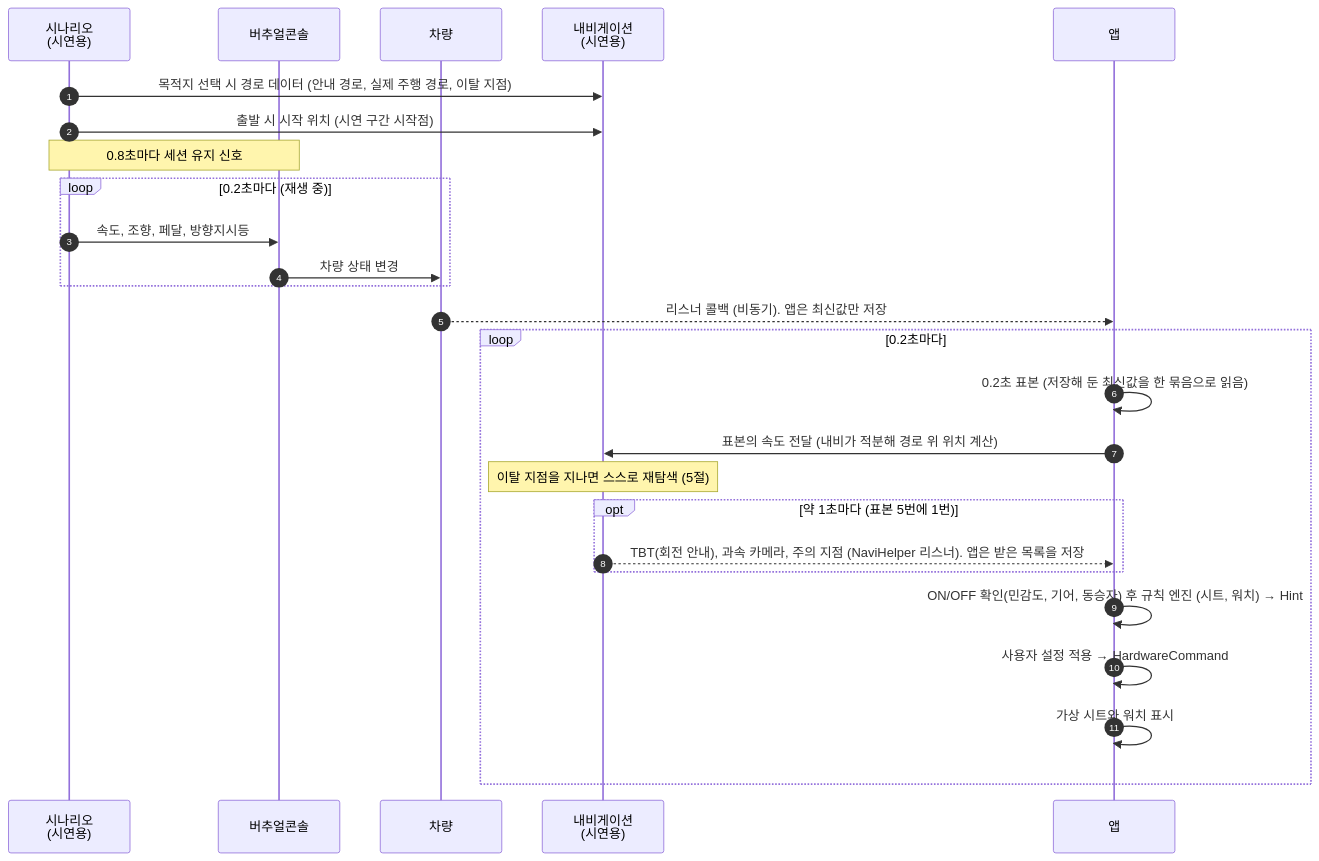
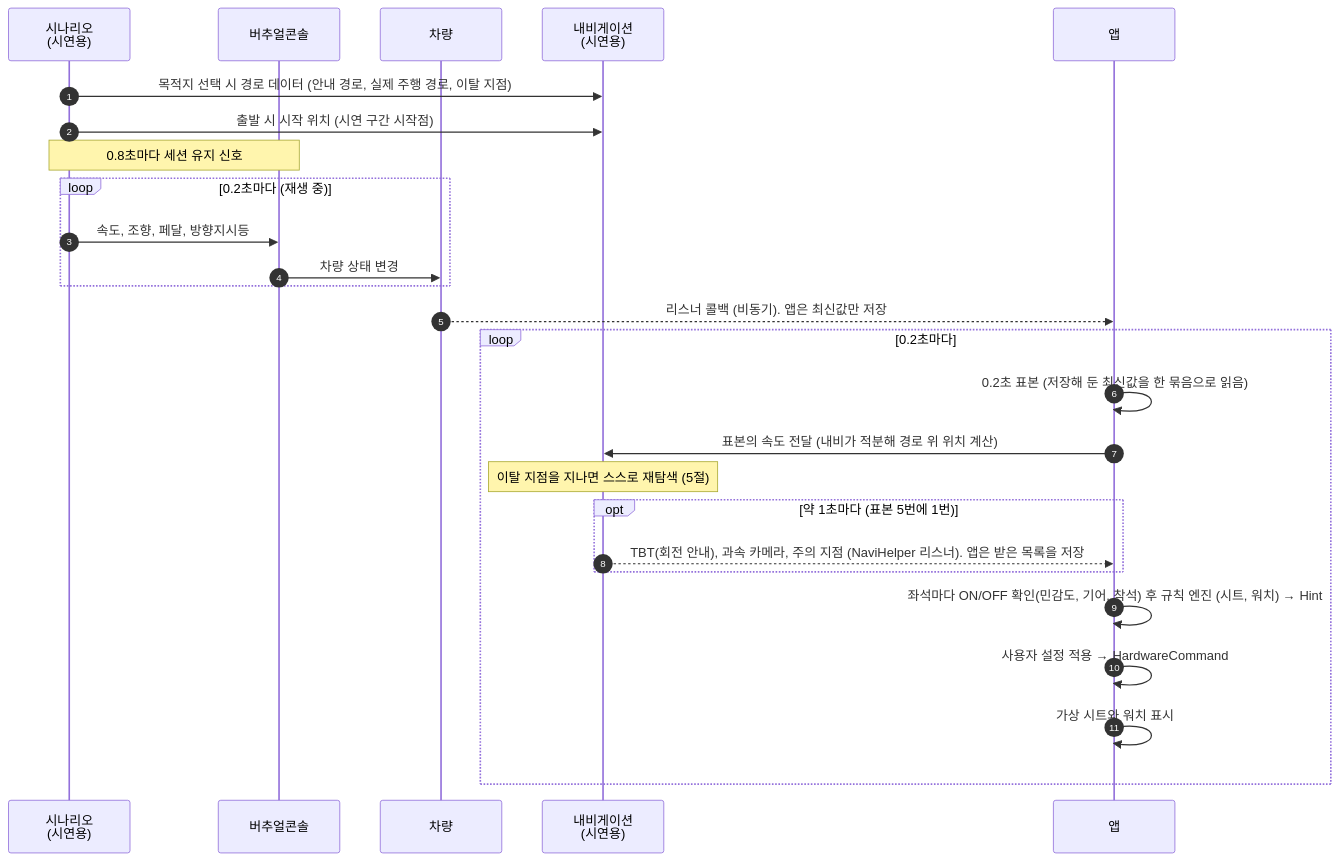
The first of 2 diagrams in docs/HardwareControl.md (jujaya920-ui/Active-Seat-For-All), drawn with Mermaid before and after one commit. The commit also changed other lines of this file and 1 other file, not shown here.

````diff
--- a/docs/HardwareControl.md
+++ b/docs/HardwareControl.md
@@ -11,29 +11,29 @@
 ```mermaid
 sequenceDiagram
     autonumber
     participant SC as 시나리오<br/>(시연용)
     participant VC as 버추얼콘솔
     participant CAR as 차량
     participant NAV as 내비게이션<br/>(시연용)
     participant APP as 앱
 
     SC->>NAV: 목적지 선택 시 경로 데이터 (안내 경로, 실제 주행 경로, 이탈 지점)
     SC->>NAV: 출발 시 시작 위치 (시연 구간 시작점)
     Note over SC,VC: 0.8초마다 세션 유지 신호
     loop 0.2초마다 (재생 중)
         SC->>VC: 속도, 조향, 페달, 방향지시등
         VC->>CAR: 차량 상태 변경
     end
     CAR-->>APP: 리스너 콜백 (비동기). 앱은 최신값만 저장
     loop 0.2초마다
         APP->>APP: 0.2초 표본 (저장해 둔 최신값을 한 묶음으로 읽음)
         APP->>NAV: 표본의 속도 전달 (내비가 적분해 경로 위 위치 계산)
         Note over NAV: 이탈 지점을 지나면 스스로 재탐색 (5절)
         opt 약 1초마다 (표본 5번에 1번)
             NAV-->>APP: TBT(회전 안내), 과속 카메라, 주의 지점 (NaviHelper 리스너). 앱은 받은 목록을 저장
         end
-        APP->>APP: ON/OFF 확인(민감도, 기어, 동승자) 후 규칙 엔진 (시트, 워치) → Hint
+        APP->>APP: 좌석마다 ON/OFF 확인(민감도, 기어, 착석) 후 규칙 엔진 (시트, 워치) → Hint
         APP->>APP: 사용자 설정 적용 → HardwareCommand
         APP->>APP: 가상 시트와 워치 표시
     end
 ```
````
